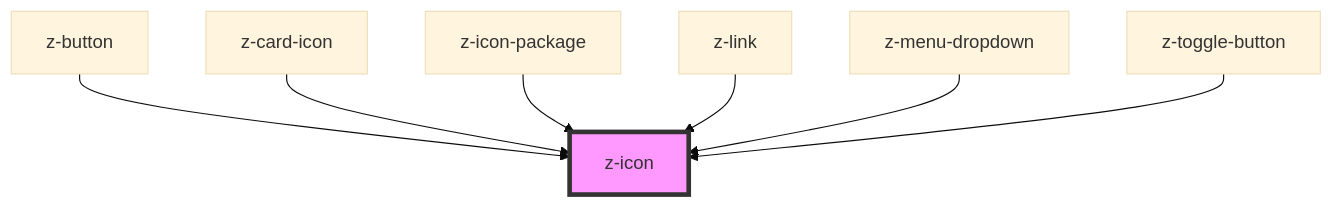
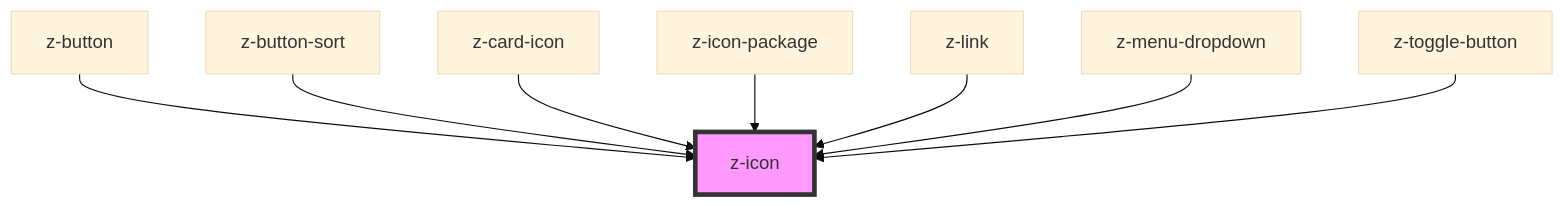
The diagram in web-components-library/src/components/z-icon/readme.md (ZanichelliEditore/design-system), drawn with Mermaid (base theme) before and after one commit. The commit also changed other lines of this file and 4 other files, not shown here.

Commit message:
MYZ-6904 z-button-sort

````diff
--- a/web-components-library/src/components/z-icon/readme.md
+++ b/web-components-library/src/components/z-icon/readme.md
@@ -30,10 +31,11 @@
 ```mermaid
 graph TD;
   z-button --> z-icon
+  z-button-sort --> z-icon
   z-card-icon --> z-icon
   z-icon-package --> z-icon
   z-link --> z-icon
   z-menu-dropdown --> z-icon
   z-toggle-button --> z-icon
   style z-icon fill:#f9f,stroke:#333,stroke-width:4px
 ```
````
